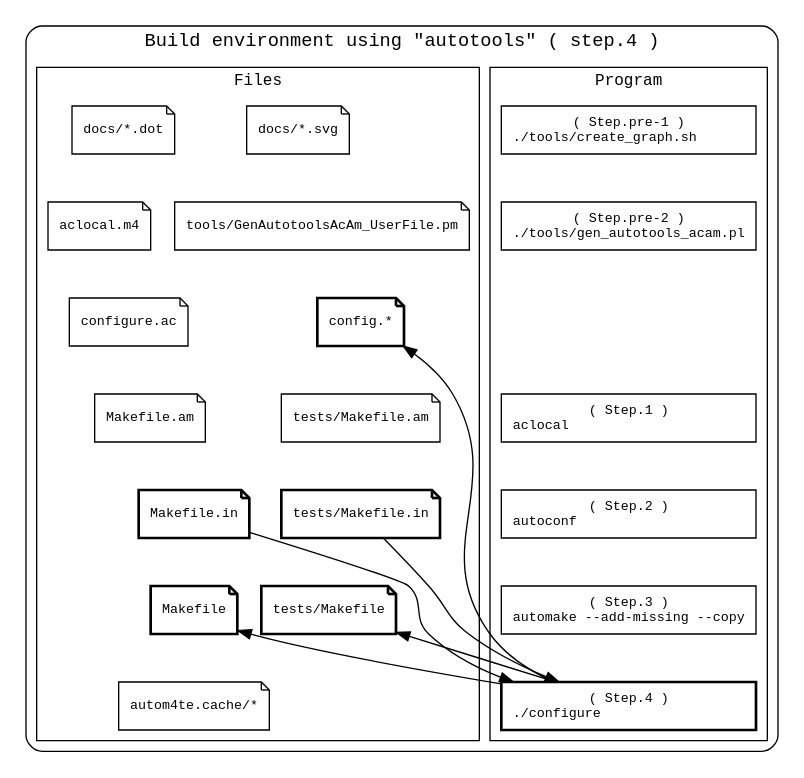
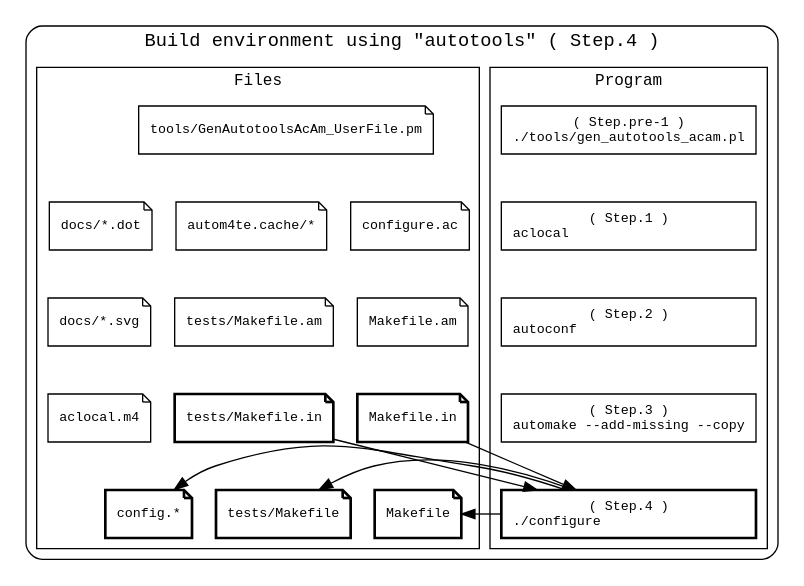
One commit to tomyama-code/tomyama_script_collection changed the diagram in docs/devel_step_1_4.dot. Above: the diagram before and after it, drawn with Graphviz. The commit also changed 26 other files, not shown here.

```diff
--- a/docs/devel_step_1_4.dot
+++ b/docs/devel_step_1_4.dot
@@ -1,81 +1,87 @@
-// File: docs/devel_step_1_4.dot
+// File: docs/devel_step_0.dot
 // Author: tomyama
 // Purpose: Development workflow diagram
 
 digraph physical_directory_structure {
     newrank=true
     constraint=false
 
     // 全体に等幅フォントを適用
     //   ex) "monospace", "Courier", "Courier New", "Consolas", "Monaco"
     graph [fontname="monospace"]
     node  [fontname="monospace", fontsize=10, penwidth=1]
     edge  [fontname="monospace"]
 
     // 図全体を囲うクラスタ
     subgraph cluster_all {
 
-        label = "Build environment using \"autotools\" ( step.4 )"
+        label = "Build environment using \"autotools\" ( Step.4 )"
         style = "rounded"   // 角を丸くする
         color = "black"     // 枠線の色
         penwidth = 1        // 枠線の太さ
 
         // プログラム
         subgraph cluster_program {
             label = "Program"
             style = "solid"
             penwidth = 1        // 枠線の太さ
             fontsize=12
             {
                 edge [style=invis];
-                program01 -> program02 -> program99 -> program03 -> program04 -> program05 -> program06
+                program01 -> program02 -> program03 -> program04 -> program05
             }
-            program01 [shape=box, style=solid , label="( Step.pre-1 )\n./tools/create_graph.sh      "]
-            program02 [shape=box, style=solid , label="( Step.pre-2 )\n./tools/gen_autotools_acam.pl"]
-            program99 [shape=box, style=invis]
-            program03 [shape=box, style=solid , label="( Step.1 )\naclocal                      "]
-            program04 [shape=box, style=solid , label="( Step.2 )\nautoconf                     "]
-            program05 [shape=box, style=solid , label="( Step.3 )\nautomake --add-missing --copy"]
-            program06 [shape=box, style=solid , label="( Step.4 )\n./configure                  ", penwidth=2]
+            program01 [shape=box, style=solid , label="( Step.pre-1 )\n./tools/gen_autotools_acam.pl"]
+            program02 [shape=box, style=solid , label="( Step.1 )\naclocal                      "]
+            program03 [shape=box, style=solid , label="( Step.2 )\nautoconf                     "]
+            program04 [shape=box, style=solid , label="( Step.3 )\nautomake --add-missing --copy"]
+            program05 [shape=box, style=solid , label="( Step.4 )\n./configure                  ", penwidth=2]
         }
 
         // ファイル
         subgraph cluster_file {
             label = "Files"
             style = "solid"
             penwidth = 1        // 枠線の太さ
             fontsize=12
             {
                 edge [style=invis];
-                file01 -> file02 -> file03 -> file04 -> file05 -> file06 -> file07
-                file08 -> file09 -> file10 -> file11 -> file12 -> file13
-                file01 -> file08
+                file13 -> file01 -> file02 -> file03 -> file04
+                file13 -> file05 -> file06 -> file07 -> file08
+                file13 -> file09 -> file10 -> file11 -> file12
             }
+
+            file13 [shape=note, style=solid , label="tools/GenAutotoolsAcAm_UserFile.pm"]
             file01 [shape=note, style=solid , label="docs/*.dot"]
-            file02 [shape=note, style=solid , label="aclocal.m4"]
-            file03 [shape=note, style=solid , label="configure.ac"]
-            file04 [shape=note, style=solid , label="Makefile.am"]
-            file05 [shape=note, style=solid , label="Makefile.in", penwidth=2]
-            file06 [shape=note, style=solid , label="Makefile", penwidth=2]
-            file07 [shape=note, style=solid , label="autom4te.cache/*"]
-            file08 [shape=note, style=solid , label="docs/*.svg"]
-            file09 [shape=note, style=solid , label="tools/GenAutotoolsAcAm_UserFile.pm"]
-            file10 [shape=note, style=solid , label="config.*", penwidth=2]
-            file11 [shape=note, style=solid , label="tests/Makefile.am"]
-            file12 [shape=note, style=solid , label="tests/Makefile.in", penwidth=2]
-            file13 [shape=note, style=solid , label="tests/Makefile", penwidth=2]
+            file02 [shape=note, style=solid , label="docs/*.svg"]
+            file03 [shape=note, style=solid , label="aclocal.m4"]
+            file04 [shape=note, style=solid , label="config.*", penwidth=2]
+            file05 [shape=note, style=solid , label="configure.ac"]
+            file06 [shape=note, style=solid , label="Makefile.am"]
+            file07 [shape=note, style=solid , label="Makefile.in", penwidth=2]
+            file08 [shape=note, style=solid , label="Makefile", penwidth=2]
+            file09 [shape=note, style=solid  , label="autom4te.cache/*"]
+            file10 [shape=note, style=solid , label="tests/Makefile.am"]
+            file11 [shape=note, style=solid , label="tests/Makefile.in", penwidth=2]
+            file12 [shape=note, style=solid , label="tests/Makefile", penwidth=2]
         }
 
-        {rank=same; program01; file01; file08}
-        {rank=same; program02; file02; file09}
-        {rank=same; program99; file03; file10}
-        {rank=same; program03; file04; file11}
-        {rank=same; program04; file05; file12}
-        {rank=same; program05; file06; file13}
+        {
+            edge [style=invis];
+            file13 -> program01
+            file01 -> file05 -> file09 -> program02
+            file02 -> file06 -> file10 -> program03
+            file03 -> file07 -> file11 -> program04
+            file04 -> file08 -> file12 -> program05
+        }
+        {rank=same; program01; file13}
+        {rank=same; program02; file01; file05; file09}
+        {rank=same; program03; file02; file06; file10}
+        {rank=same; program04; file03; file07; file11}
+        {rank=same; program05; file04; file08; file12}
 
         // スクリプトとドキュメントの関係
-        file05 -> program06 -> file06
-        file12 -> program06 -> file13
-        program06 -> file10
+        program05 -> file04
+        file07 -> program05 -> file08
+        file11 -> program05 -> file12
     }
 }
```
